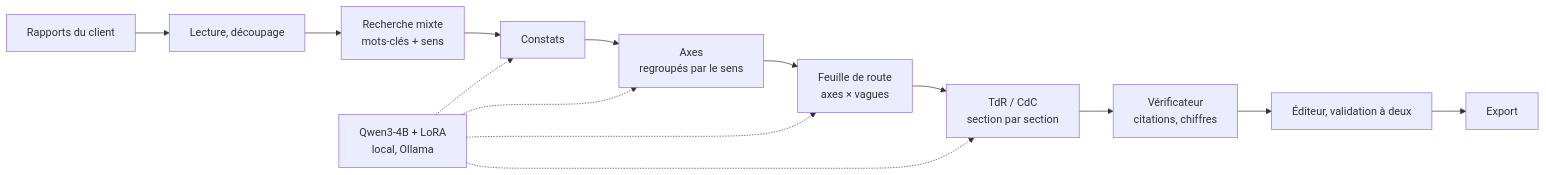
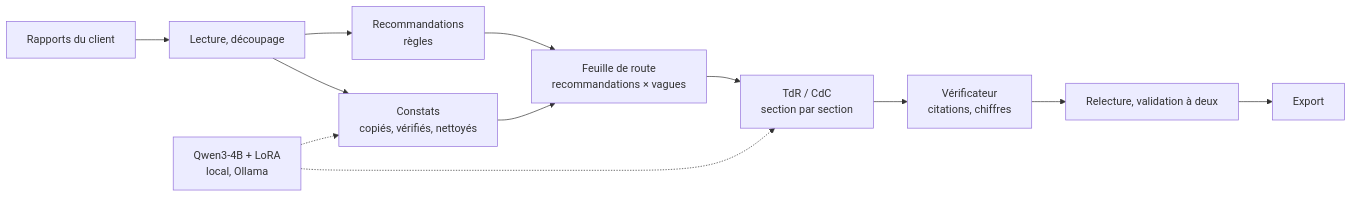
One commit to YoussefBY22/Cadrage-GenerationDoc-IA changed the diagram in README.md. Above: the diagram before and after it, drawn with Mermaid. The commit also changed other lines of this file and 80 other files, not shown here.

````diff
--- a/README.md
+++ b/README.md
@@ -36,8 +42,9 @@
 ```mermaid
 flowchart LR
-  D[Rapports du client] --> I[Lecture, découpage] --> R[Recherche mixte<br/>mots-clés + sens]
-  R --> C[Constats] --> A[Axes<br/>regroupés par le sens] --> F[Feuille de route<br/>axes × vagues]
-  F --> T[TdR / CdC<br/>section par section]
-  T --> V[Vérificateur<br/>citations, chiffres] --> E[Éditeur, validation à deux] --> X[Export]
-  M[Qwen3-4B + LoRA<br/>local, Ollama] -.-> C & A & F & T
+  D[Rapports du client] --> I[Lecture, découpage] --> RC[Recommandations<br/>règles]
+  I --> C[Constats<br/>copiés, vérifiés, nettoyés]
+  RC --> F[Feuille de route<br/>recommandations × vagues]
+  C --> F --> T[TdR / CdC<br/>section par section]
+  T --> V[Vérificateur<br/>citations, chiffres] --> E[Relecture, validation à deux] --> X[Export]
+  M[Qwen3-4B + LoRA<br/>local, Ollama] -.-> C & T
 ```
````
